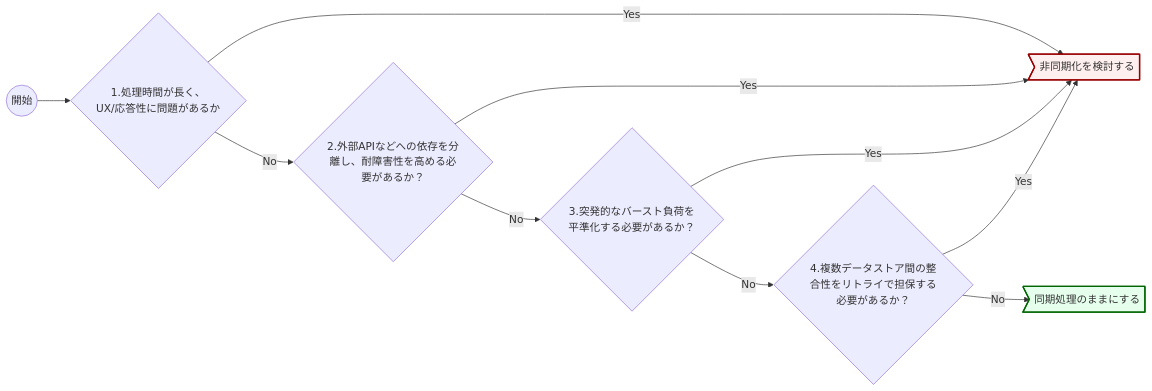
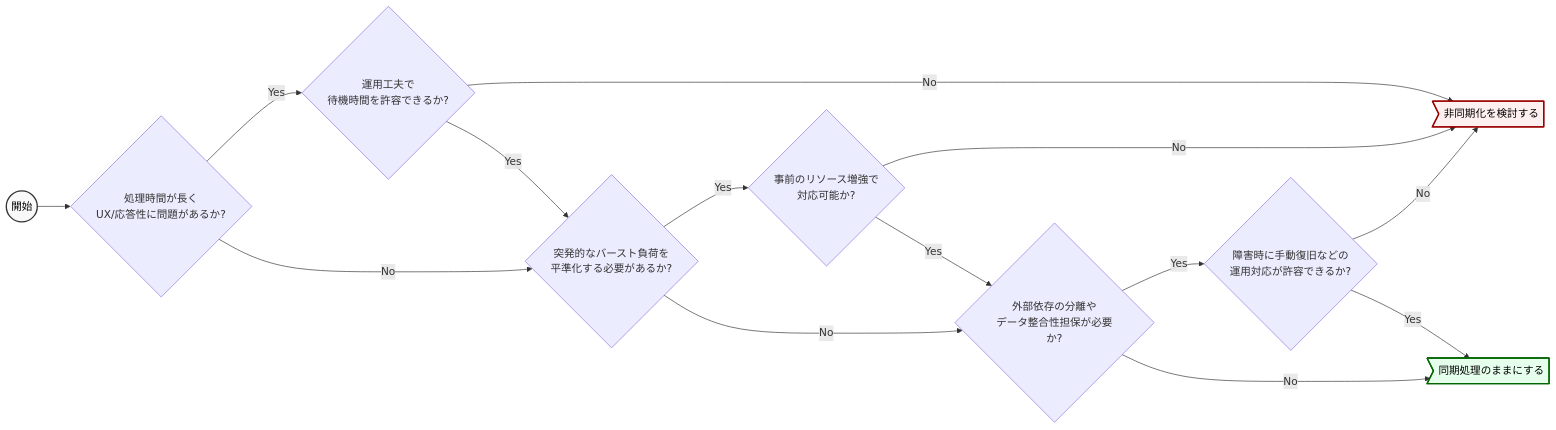
Before and after one commit to future-architect/arch-guidelines: the second of 10 diagrams in documents/forAsync/async_guidelines.md, drawn with Mermaid. The commit also changed other lines of this file and 2 other files, not shown here.

Commit message:
非同期設計ガイドライン: 選定フローのmermaid.js更新 (#249)
* 非同期設計ガイドライン: 選定フロー

* fix dead link

````diff
--- a/documents/forAsync/async_guidelines.md
+++ b/documents/forAsync/async_guidelines.md
@@ -82,17 +82,27 @@
 ```mermaid
 graph LR
-    A((開始)) --> Q1{1.処理時間が長く、<br>UX/応答性に問題があるか};
+    Start((開始)) --> Q1{処理時間が長く<br>UX/応答性に問題があるか?}
 
-    Q1 -- Yes --> Async>非同期化を検討する];
-    Q1 -- No --> Q2{2.外部APIなどへの依存を分離し、耐障害性を高める必要があるか？};
-    Q2 -- Yes --> Async;
-    Q2 -- No --> Q3{3.突発的なバースト負荷を平準化する必要があるか？};
-    Q3 -- Yes --> Async;
-    Q3 -- No --> Q4{4.複数データストア間の整合性をリトライで担保する必要があるか？};
-    Q4 -- Yes --> Async;
-    Q4 -- No --> Sync>同期処理のままにする];
+    %% 処理時間と応答性の判断
+    Q1 -- Yes --> C1{運用工夫で<br>待機時間を許容できるか?}
+    C1 -- No --> Async>非同期化を検討する]
+    C1 -- Yes --> Q2
+    Q1 -- No --> Q2{突発的なバースト負荷を<br>平準化する必要があるか?}
+
+    %% 負荷の平準化の判断
+    Q2 -- Yes --> C2{事前のリソース増強で<br>対応可能か?}
+    C2 -- No --> Async
+    C2 -- Yes --> Q3
+    Q2 -- No --> Q3{外部依存の分離や<br>データ整合性担保が必要か?}
+
+    %% レジリエンスの判断
+    Q3 -- Yes --> C3{障害時に手動復旧などの<br>運用対応が許容できるか?}
+    C3 -- No --> Async
+    C3 -- Yes --> Sync>同期処理のままにする]
+    Q3 -- No --> Sync
 
     %% Style Definitions
-    style Sync fill:#e6ffed,stroke:#006600,stroke-width:2px
-    style Async fill:#fff0f0,stroke:#990000,stroke-width:2px
+    style Sync fill:#e6ffed,stroke:#006600,stroke-width:2px,color:#000000
+    style Async fill:#fff0f0,stroke:#990000,stroke-width:2px,color:#000000
+    style Start fill:#f9f9f9,stroke:#333,stroke-width:2px,color:#000000
 ```
````
